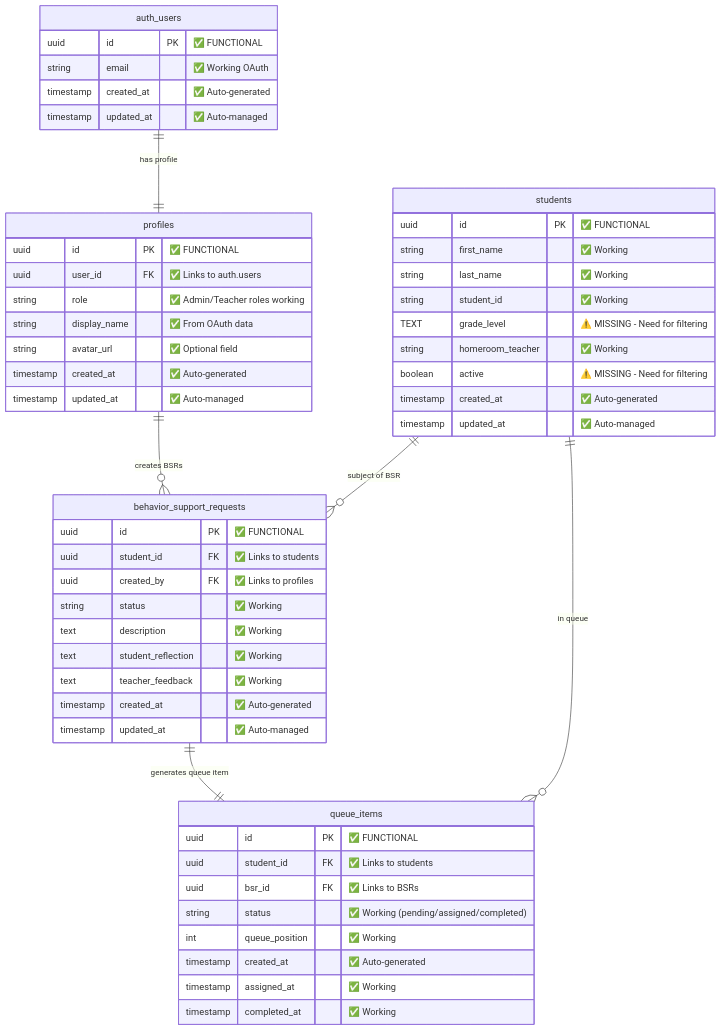
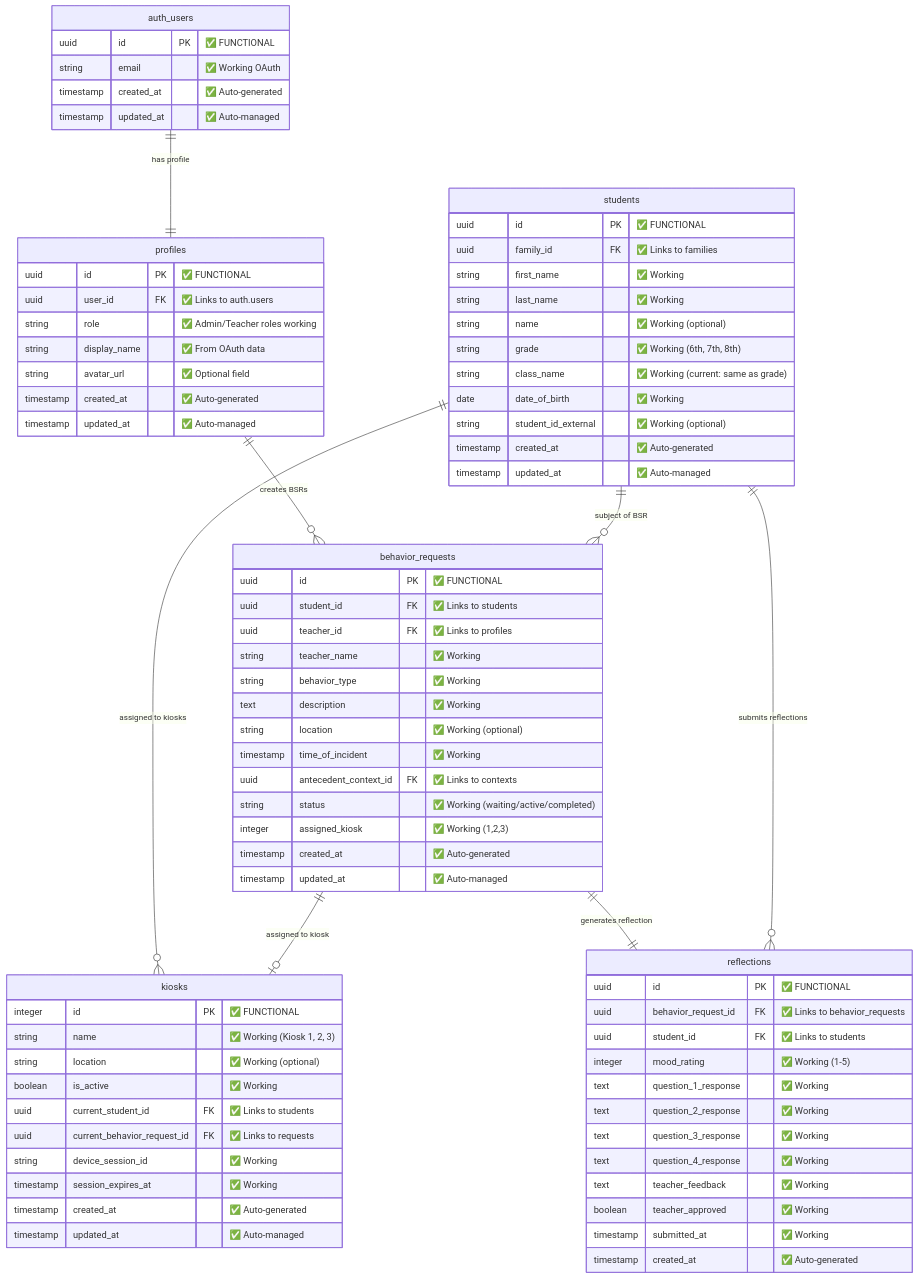
One commit to Splurfa/bx-os changed the first of 4 diagrams in docs/flowcharts/Current-State/03-current-database-schema.md. Above: the diagram before and after it, drawn with Mermaid. The commit also changed other lines of this file and 1 other file, not shown here.

Commit message:
Fix documentation inconsistencies

````diff
--- a/docs/flowcharts/Current-State/03-current-database-schema.md
+++ b/docs/flowcharts/Current-State/03-current-database-schema.md
@@ -27,42 +27,67 @@
     
     students {
         uuid id PK "✅ FUNCTIONAL"
+        uuid family_id FK "✅ Links to families"
         string first_name "✅ Working"
         string last_name "✅ Working"
-        string student_id "✅ Working"
-        TEXT grade_level "⚠️ MISSING - Need for filtering"
-        string homeroom_teacher "✅ Working"
-        boolean active "⚠️ MISSING - Need for filtering"
+        string name "✅ Working (optional)"
+        string grade "✅ Working (6th, 7th, 8th)"
+        string class_name "✅ Working (current: same as grade)"
+        date date_of_birth "✅ Working"
+        string student_id_external "✅ Working (optional)"
         timestamp created_at "✅ Auto-generated"
         timestamp updated_at "✅ Auto-managed"
     }
     
-    behavior_support_requests {
+    behavior_requests {
         uuid id PK "✅ FUNCTIONAL"
         uuid student_id FK "✅ Links to students"
-        uuid created_by FK "✅ Links to profiles"
-        string status "✅ Working"
+        uuid teacher_id FK "✅ Links to profiles"
+        string teacher_name "✅ Working"
+        string behavior_type "✅ Working"
         text description "✅ Working"
-        text student_reflection "✅ Working"
-        text teacher_feedback "✅ Working"
+        string location "✅ Working (optional)"
+        timestamp time_of_incident "✅ Working"
+        uuid antecedent_context_id FK "✅ Links to contexts"
+        string status "✅ Working (waiting/active/completed)"
+        integer assigned_kiosk "✅ Working (1,2,3)"
         timestamp created_at "✅ Auto-generated"
         timestamp updated_at "✅ Auto-managed"
     }
     
-    queue_items {
+    kiosks {
+        integer id PK "✅ FUNCTIONAL"
+        string name "✅ Working (Kiosk 1, 2, 3)"
+        string location "✅ Working (optional)"
+        boolean is_active "✅ Working"
+        uuid current_student_id FK "✅ Links to students"
+        uuid current_behavior_request_id FK "✅ Links to requests"
+        string device_session_id "✅ Working"
+        timestamp session_expires_at "✅ Working"
+        timestamp created_at "✅ Auto-generated"
+        timestamp updated_at "✅ Auto-managed"
+    }
+    
+    reflections {
         uuid id PK "✅ FUNCTIONAL"
+        uuid behavior_request_id FK "✅ Links to behavior_requests"
         uuid student_id FK "✅ Links to students"
-        uuid bsr_id FK "✅ Links to BSRs"
-        string status "✅ Working (pending/assigned/completed)"
-        int queue_position "✅ Working"
+        integer mood_rating "✅ Working (1-5)"
+        text question_1_response "✅ Working"
+        text question_2_response "✅ Working"
+        text question_3_response "✅ Working"
+        text question_4_response "✅ Working"
+        text teacher_feedback "✅ Working"
+        boolean teacher_approved "✅ Working"
+        timestamp submitted_at "✅ Working"
         timestamp created_at "✅ Auto-generated"
-        timestamp assigned_at "✅ Working"
-        timestamp completed_at "✅ Working"
     }
 
     auth_users ||--|| profiles : "has profile"
-    profiles ||--o{ behavior_support_requests : "creates BSRs"
-    students ||--o{ behavior_support_requests : "subject of BSR"
-    students ||--o{ queue_items : "in queue"
-    behavior_support_requests ||--|| queue_items : "generates queue item"
+    profiles ||--o{ behavior_requests : "creates BSRs"
+    students ||--o{ behavior_requests : "subject of BSR"
+    students ||--o{ kiosks : "assigned to kiosks"
+    behavior_requests ||--o| kiosks : "assigned to kiosk"
+    behavior_requests ||--|| reflections : "generates reflection"
+    students ||--o{ reflections : "submits reflections"
 ```
````
